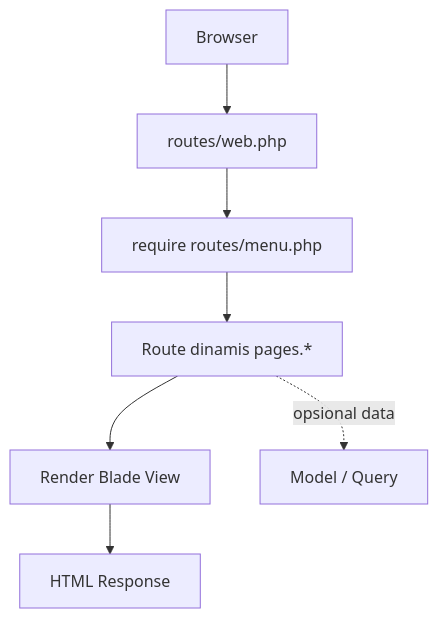
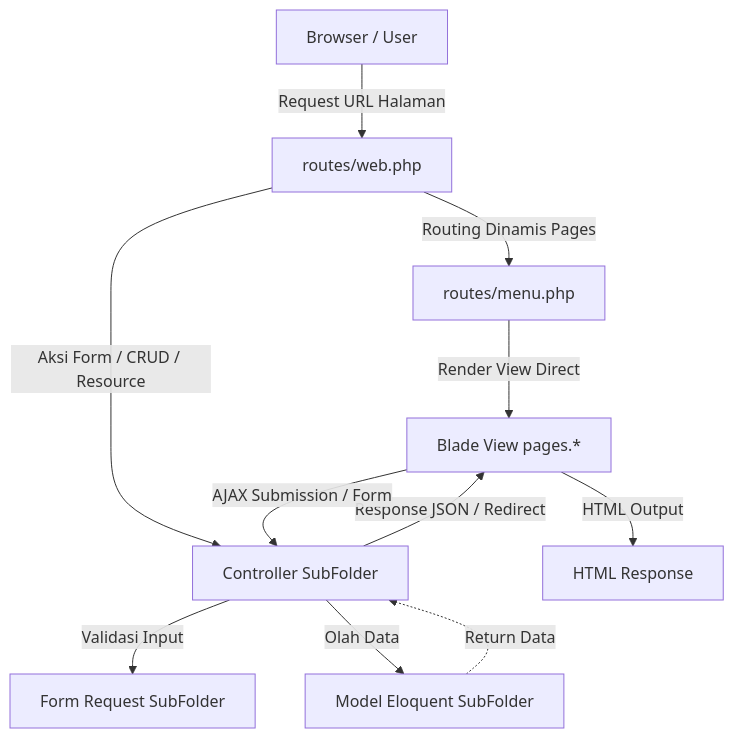
The diagram in Panduan_MVC.md (AbdoelMadjid/master-webadmin), drawn with Mermaid before and after one commit. The commit also changed other lines of this file, not shown here.

````diff
--- a/Panduan_MVC.md
+++ b/Panduan_MVC.md
@@ -28,9 +28,15 @@
 ```mermaid
 graph TD
-    A[Browser] --> B[routes/web.php]
-    B --> C[require routes/menu.php]
-    C --> D[Route dinamis pages.*]
-    D --> E[Render Blade View]
-    E --> F[HTML Response]
-    D -.opsional data.-> G[Model / Query]
+    A[Browser / User] -->|Request URL Halaman| B[routes/web.php]
+    B -->|Routing Dinamis Pages| C[routes/menu.php]
+    C -->|Render View Direct| D[Blade View pages.*]
+    
+    B -->|Aksi Form / CRUD / Resource| E[Controller SubFolder]
+    E -->|Validasi Input| F[Form Request SubFolder]
+    E -->|Olah Data| G[Model Eloquent SubFolder]
+    G -.->|Return Data| E
+    E -->|Response JSON / Redirect| D
+    
+    D -->|AJAX Submission / Form| E
+    D -->|HTML Output| H[HTML Response]
 ```
````
